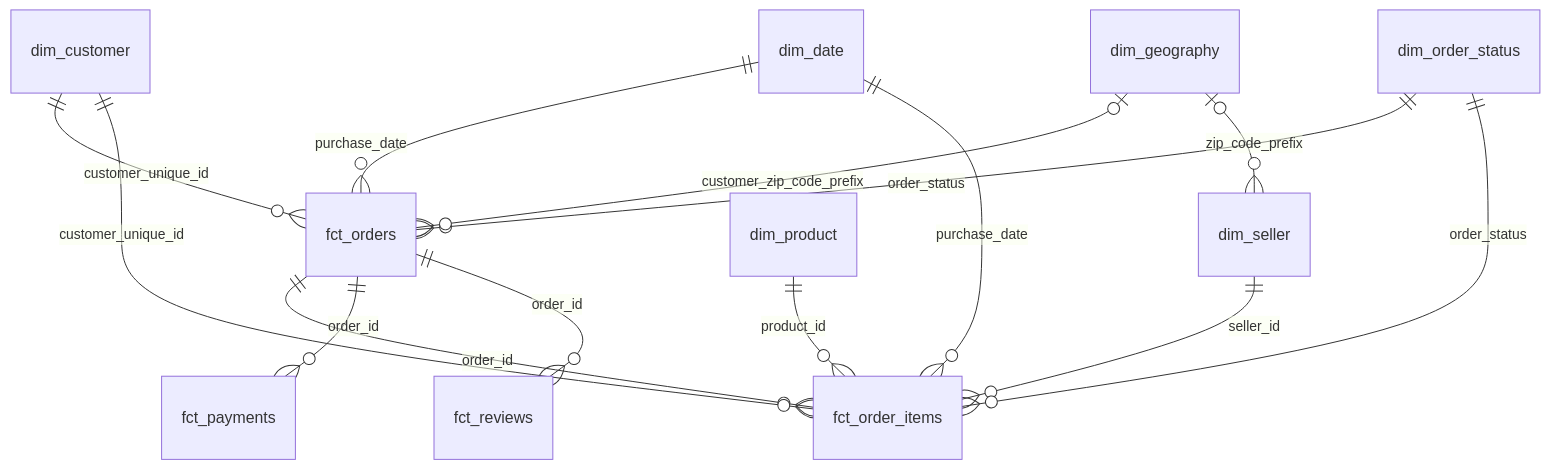
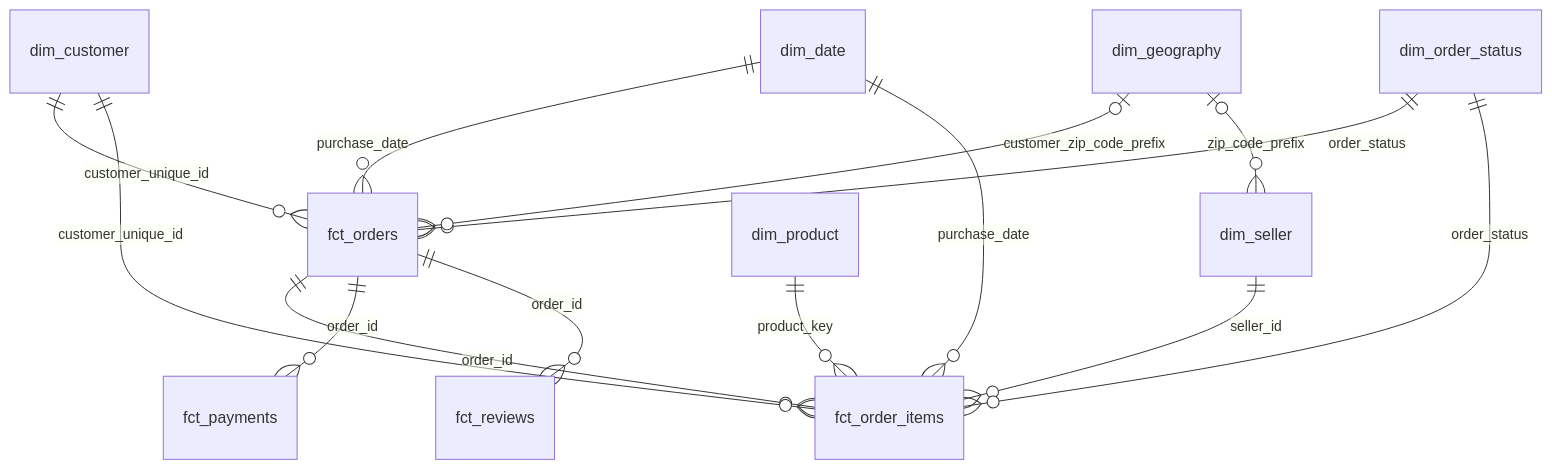
The diagram in model/docs/data_model.md (PUSH-RWB/rwb-hack), drawn with Mermaid before and after one commit. The commit also changed other lines of this file and 56 other files, not shown here.

````diff
--- a/model/docs/data_model.md
+++ b/model/docs/data_model.md
@@ -22,16 +22,16 @@
 ```mermaid
 erDiagram
     dim_customer ||--o{ fct_orders : customer_unique_id
     dim_date ||--o{ fct_orders : purchase_date
     dim_order_status ||--o{ fct_orders : order_status
     dim_geography o|--o{ fct_orders : customer_zip_code_prefix
     dim_geography o|--o{ dim_seller : zip_code_prefix
     fct_orders ||--o{ fct_order_items : order_id
-    dim_product ||--o{ fct_order_items : product_id
+    dim_product ||--o{ fct_order_items : product_key
     dim_seller ||--o{ fct_order_items : seller_id
     dim_customer ||--o{ fct_order_items : customer_unique_id
     dim_date ||--o{ fct_order_items : purchase_date
     dim_order_status ||--o{ fct_order_items : order_status
     fct_orders ||--o{ fct_payments : order_id
     fct_orders ||--o{ fct_reviews : order_id
 ```
````
